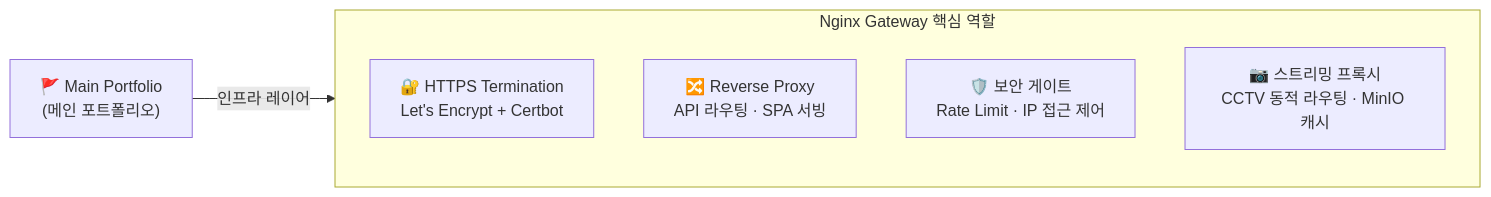
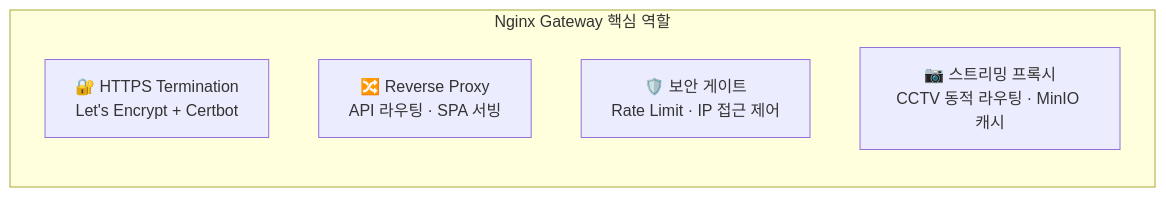
One commit to 1985jwlee/overview changed diagram 12 of 14 in README.md. Above: the diagram before and after it, drawn with Mermaid. The commit also changed other lines of this file, not shown here.

````diff
--- a/README.md
+++ b/README.md
@@ -564,11 +528,9 @@
 ```mermaid
 flowchart LR
     subgraph INFRA["Nginx Gateway 핵심 역할"]
         TLS["🔐 HTTPS Termination\nLet's Encrypt + Certbot"]
         PROXY["🔀 Reverse Proxy\nAPI 라우팅 · SPA 서빙"]
         SEC["🛡️ 보안 게이트\nRate Limit · IP 접근 제어"]
         MEDIA["📷 스트리밍 프록시\nCCTV 동적 라우팅 · MinIO 캐시"]
     end
-
-    MAIN["🚩 Main Portfolio\n(메인 포트폴리오)"] -->|인프라 레이어| INFRA
 ```
````
